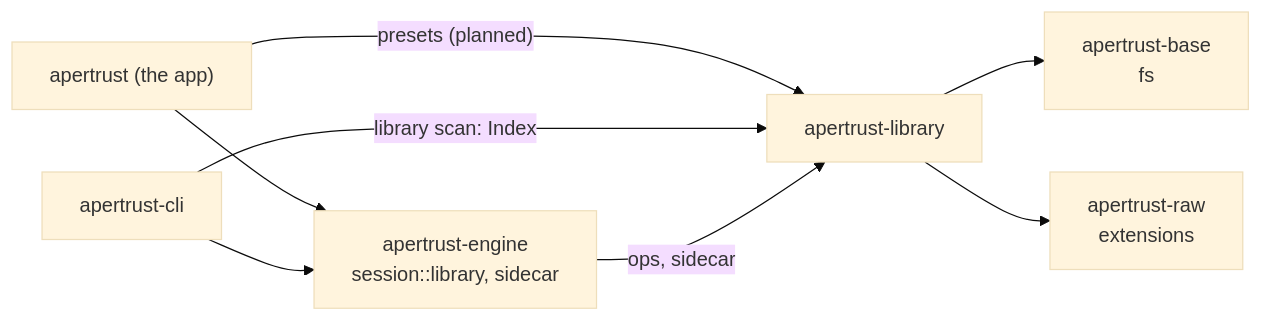
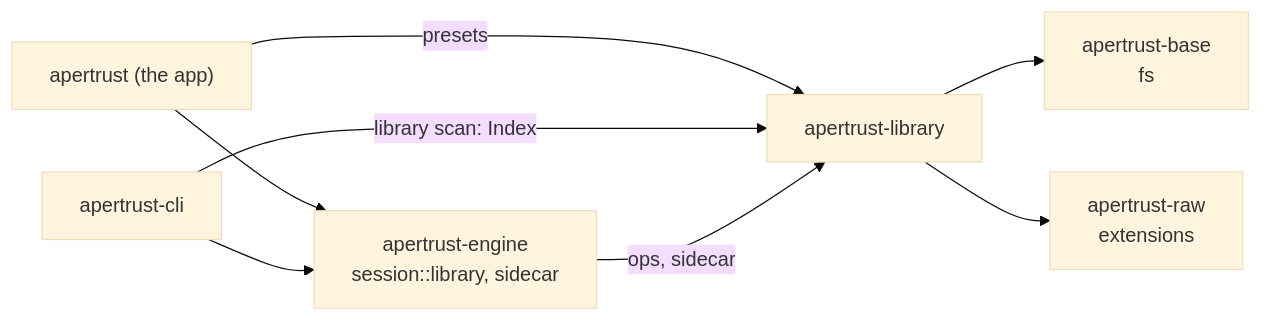
The fourth of 6 diagrams in docs/library.md (apertrust/apertrust), drawn with Mermaid (base theme) before and after one commit. The commit also changed other lines of this file and 41 other files, not shown here.

````diff
--- a/docs/library.md
+++ b/docs/library.md
@@ -389,10 +389,10 @@
 ```mermaid
 flowchart LR
     app["apertrust (the app)"] --> engine["apertrust-engine<br/>session::library, sidecar"]
-    app -->|"presets (planned)"| library
+    app -->|"presets"| library
     cli["apertrust-cli"] --> engine
     cli -->|"library scan: Index"| library
     engine -->|"ops, sidecar"| library["apertrust-library"]
     library --> base["apertrust-base<br/>fs"]
     library --> raw["apertrust-raw<br/>extensions"]
 ```
````
